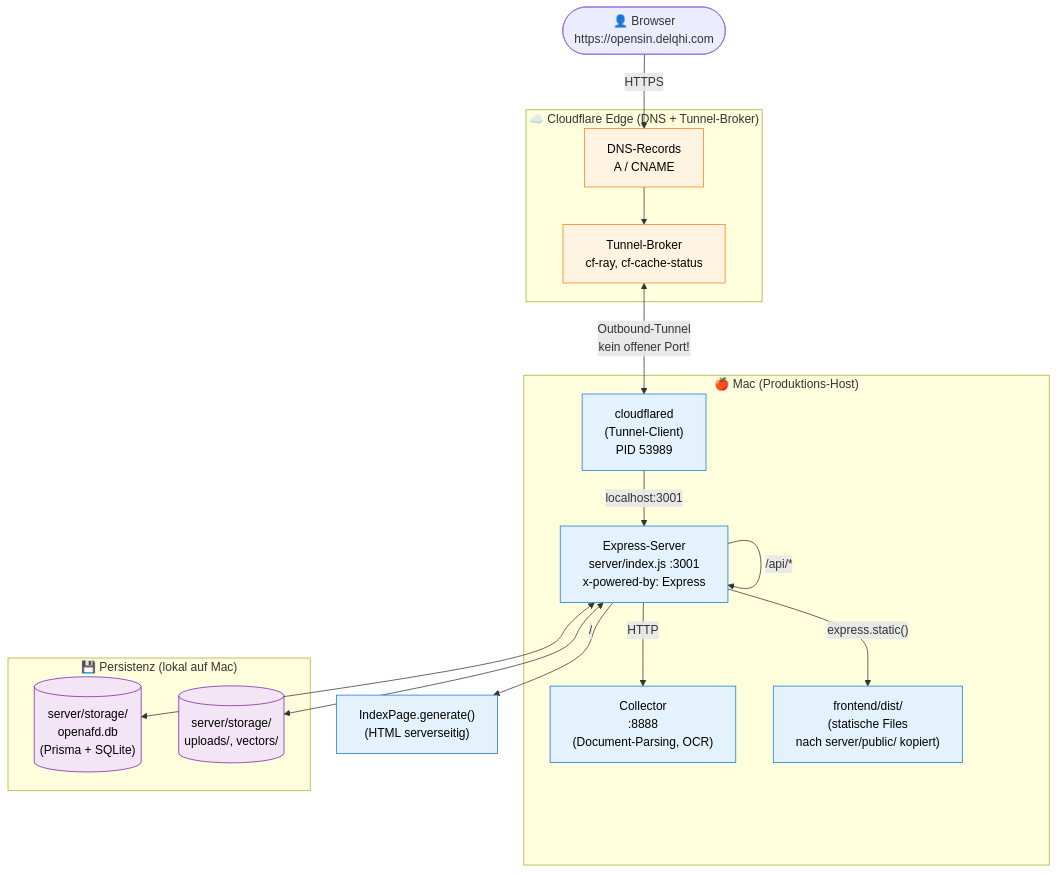
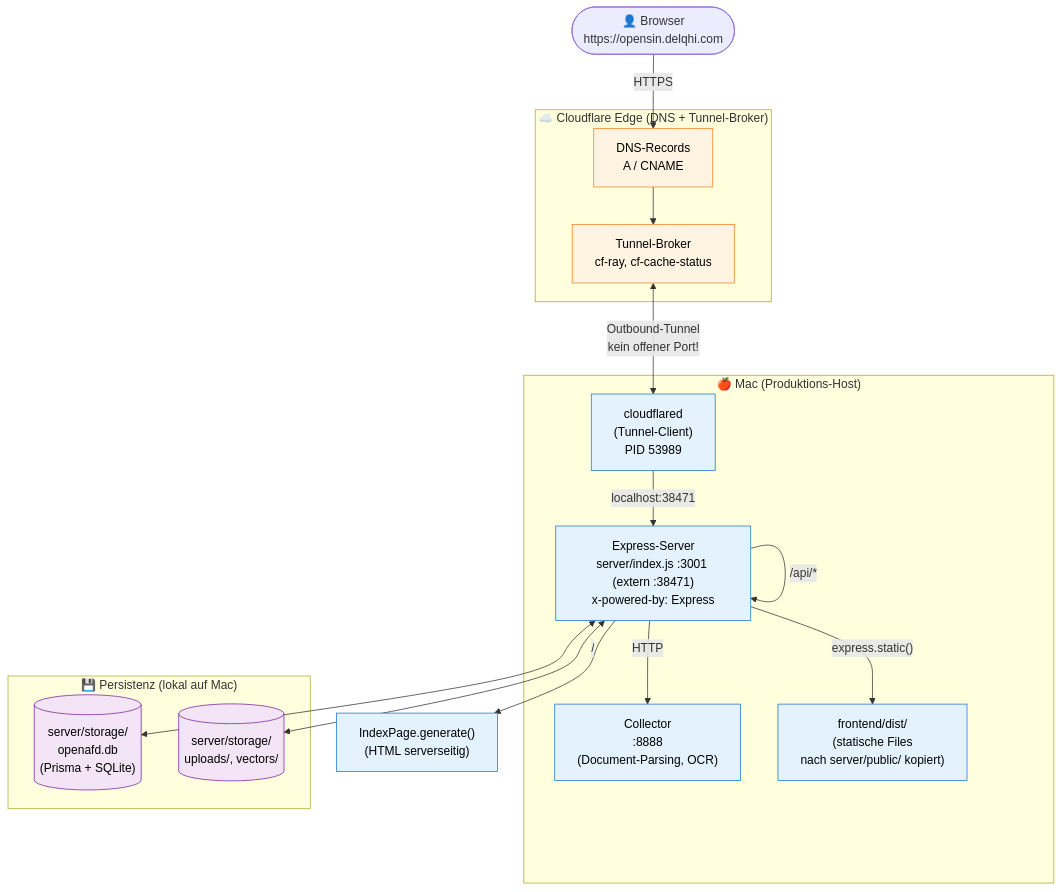
The diagram in README.md (OpenSIN-AI/OpenSIN-Chat), drawn with Mermaid before and after one commit. The commit also changed other lines of this file and 2 other files, not shown here.

````diff
--- a/README.md
+++ b/README.md
@@ -243,39 +251,39 @@
 ```mermaid
 flowchart TB
     User(["👤 Browser<br/>https://opensin.delqhi.com"])
 
     subgraph Cloudflare["☁️ Cloudflare Edge (DNS + Tunnel-Broker)"]
         DNS["DNS-Records<br/>A / CNAME"]
         Tunnel["Tunnel-Broker<br/>cf-ray, cf-cache-status"]
     end
 
     subgraph Mac["🍎 Mac (Produktions-Host)"]
         Cloudflared["cloudflared<br/>(Tunnel-Client)<br/>PID 53989"]
-        Express["Express-Server<br/>server/index.js :3001<br/>x-powered-by: Express"]
+        Express["Express-Server<br/>server/index.js :3001 (extern :38471)<br/>x-powered-by: Express"]
         Collector["Collector<br/>:8888<br/>(Document-Parsing, OCR)"]
         Frontend["frontend/dist/<br/>(statische Files<br/>nach server/public/ kopiert)"]
     end
 
     subgraph Data["💾 Persistenz (lokal auf Mac)"]
         SQLite[("server/storage/<br/>openafd.db<br/>(Prisma + SQLite)")]
         Files[("server/storage/<br/>uploads/, vectors/")]
     end
 
     User -->|HTTPS| DNS
     DNS --> Tunnel
     Tunnel <-->|Outbound-Tunnel<br/>kein offener Port!| Cloudflared
-    Cloudflared -->|localhost:3001| Express
+    Cloudflared -->|localhost:38471| Express
     Express -->|"/api/*"| Express
     Express -->|"/"| IndexPage["IndexPage.generate()<br/>(HTML serverseitig)"]
     Express -->|"express.static()"| Frontend
     Express -->|HTTP| Collector
     Express <--> SQLite
     Express <--> Files
 
     classDef cloud fill:#fff4e1,stroke:#f48120,color:#000
     classDef mac fill:#e3f2fd,stroke:#1976d2,color:#000
     classDef data fill:#f3e5f5,stroke:#7b1fa2,color:#000
     class DNS,Tunnel cloud
     class Cloudflared,Express,Collector,Frontend,IndexPage mac
     class SQLite,Files data
 ```
````
